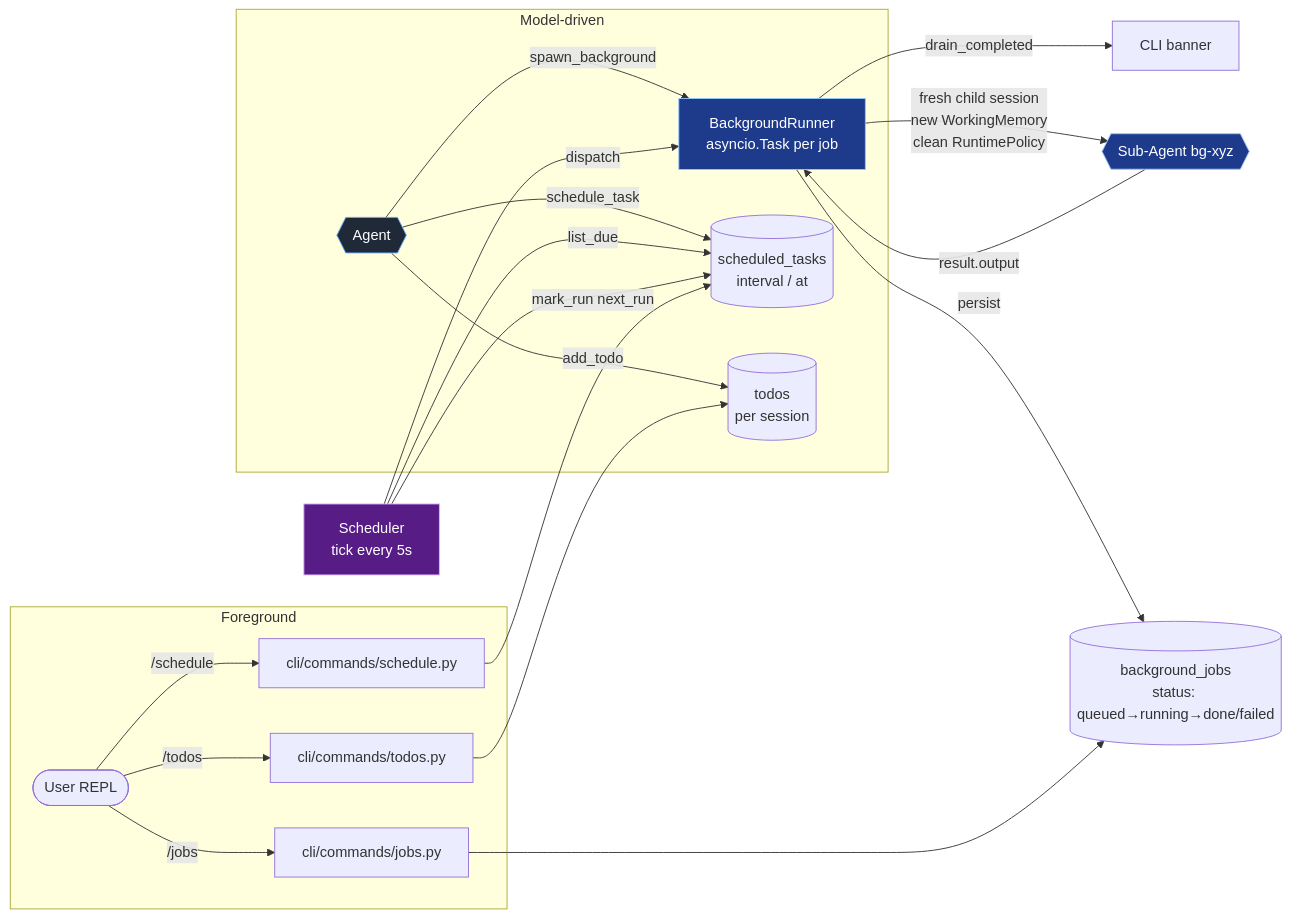
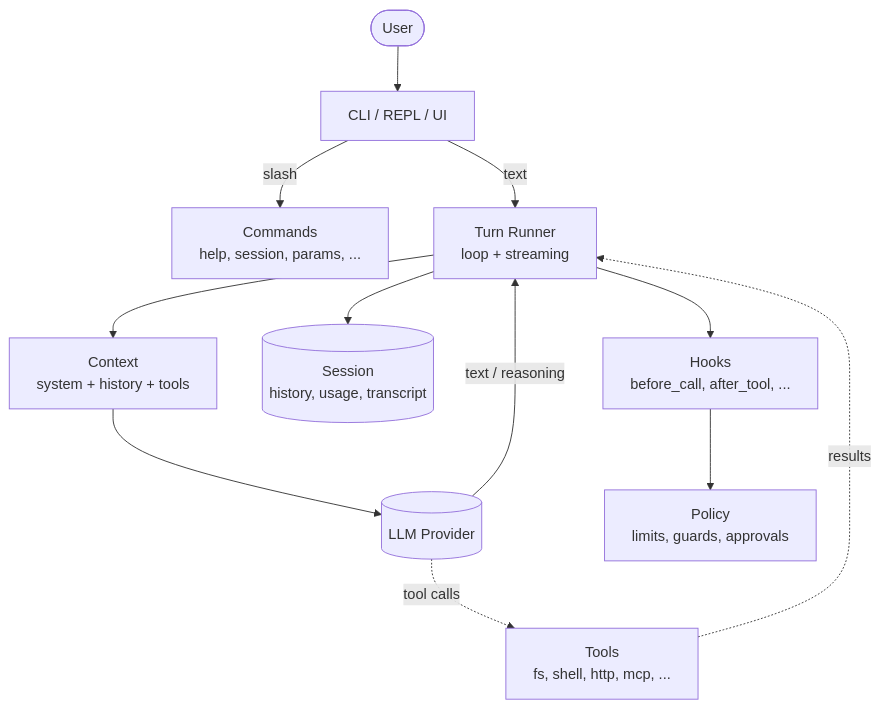
One commit to oornnery/harness-lab changed the first of 2 diagrams in README.md. Above: the diagram before and after it, drawn with Mermaid. The commit also changed other lines of this file, not shown here.

````diff
--- a/README.md
+++ b/README.md
@@ -130,33 +18,14 @@
 ```mermaid
-flowchart LR
-    subgraph Foreground
-        U([User REPL]) -->|/jobs| JOBS[cli/commands/jobs.py]
-        U -->|/schedule| SCH[cli/commands/schedule.py]
-        U -->|/todos| TDS[cli/commands/todos.py]
-    end
-
-    subgraph Model-driven
-        AG{{Agent}} -->|spawn_background| BGR
-        AG -->|schedule_task| SREPO
-        AG -->|add_todo| TREPO
-    end
-
-    BGR[BackgroundRunner<br/>asyncio.Task per job] -->|persist| BGREPO[(background_jobs<br/>status: queued→running→done/failed)]
-    BGR -->|fresh child session<br/>new WorkingMemory<br/>clean RuntimePolicy| AG2{{Sub-Agent bg-xyz}}
-    AG2 -->|result.output| BGR
-    BGR -->|drain_completed| UI[CLI banner]
-
-    SCHED[Scheduler<br/>tick every 5s] -->|list_due| SREPO[(scheduled_tasks<br/>interval / at)]
-    SCHED -->|dispatch| BGR
-    SCHED -->|mark_run next_run| SREPO
-
-    TREPO[(todos<br/>per session)]
-    TDS --> TREPO
-    JOBS --> BGREPO
-    SCH --> SREPO
-
-    style AG fill:#1f2937,stroke:#60a5fa,color:#fff
-    style AG2 fill:#1e3a8a,stroke:#93c5fd,color:#fff
-    style BGR fill:#1e3a8a,stroke:#93c5fd,color:#fff
-    style SCHED fill:#581c87,stroke:#d8b4fe,color:#fff
+flowchart TB
+    U([User]) --> UI[CLI / REPL / UI]
+    UI -->|slash| CMD[Commands<br/>help, session, params, ...]
+    UI -->|text| TURN[Turn Runner<br/>loop + streaming]
+    TURN --> CTX[Context<br/>system + history + tools]
+    CTX --> MDL[(LLM Provider)]
+    MDL -->|text / reasoning| TURN
+    MDL -.->|tool calls| TOOLS[Tools<br/>fs, shell, http, mcp, ...]
+    TOOLS -.->|results| TURN
+    TURN --> MEM[(Session<br/>history, usage, transcript)]
+    TURN --> HOOKS[Hooks<br/>before_call, after_tool, ...]
+    HOOKS --> POL[Policy<br/>limits, guards, approvals]
 ```
````
